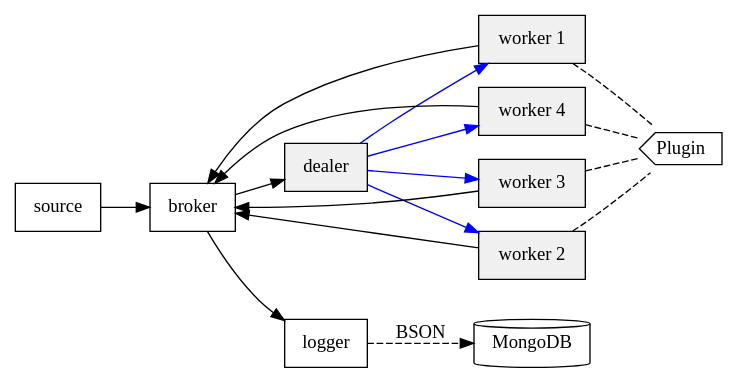
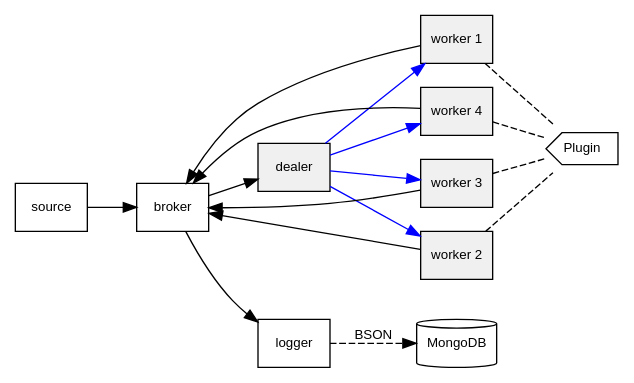
Before and after one commit to MADS-NET/mads-net.github.io: the second of 2 diagrams in presentations/intro.qmd, drawn with Graphviz. The commit also changed other lines of this file, not shown here.

Commit message:
Fix fonts in graphviz

````diff
--- a/presentations/intro.qmd
+++ b/presentations/intro.qmd
@@ -458,41 +458,42 @@
 ```{dot}
 //| fig-width: 6
 //| fig-height: 5
 digraph "Dealer-worker" {
   rankdir=LR
   bgcolor="#ffffff00"
-  node[shape="rect", style=filled, fillcolor="#ffffff"]
+  node[shape="rect", style=filled, fillcolor="#ffffff", fontname="Arial", fontsize=10]
+  edge[fontname="Arial", fontsize=10]
 
   broker
   source
   dealer [label="dealer", shape=box, fillcolor="#f0f0f0"]
   mongo [label="MongoDB", shape=cylinder]
   
   w1 [label="worker 1", shape=box, fillcolor="#f0f0f0"]
   w2 [label="worker 2", shape=box, fillcolor="#f0f0f0"]
   w3 [label="worker 3", shape=box, fillcolor="#f0f0f0"]
   w4 [label="worker 4", shape=box, fillcolor="#f0f0f0"]
   
   p[label="Plugin", shape=cds, orientation=180]
   
   w1 -> p[arrowhead=none, style=dashed]
   w2 -> p[arrowhead=none, style=dashed]
   w3 -> p[arrowhead=none, style=dashed]
   w4 -> p[arrowhead=none, style=dashed]
 
   source -> broker
   broker -> dealer
   dealer -> w1[color="blue"]
   dealer -> w2[color="blue"]
   dealer -> w3[color="blue"]
   dealer -> w4[color="blue"]
   
   w1 -> broker
   w2 -> broker
   w3 -> broker
   w4 -> broker
   
   broker->logger
   logger->mongo[label="BSON", style=dashed]
 }
 ```
````
